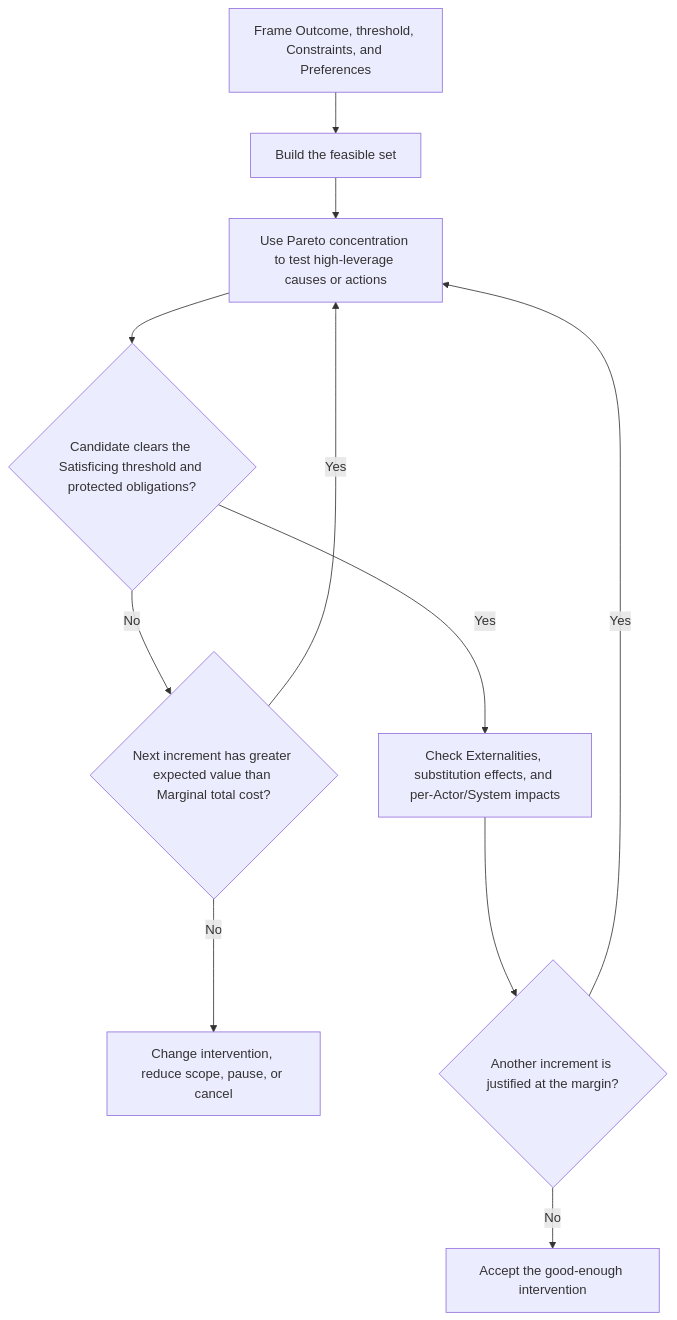
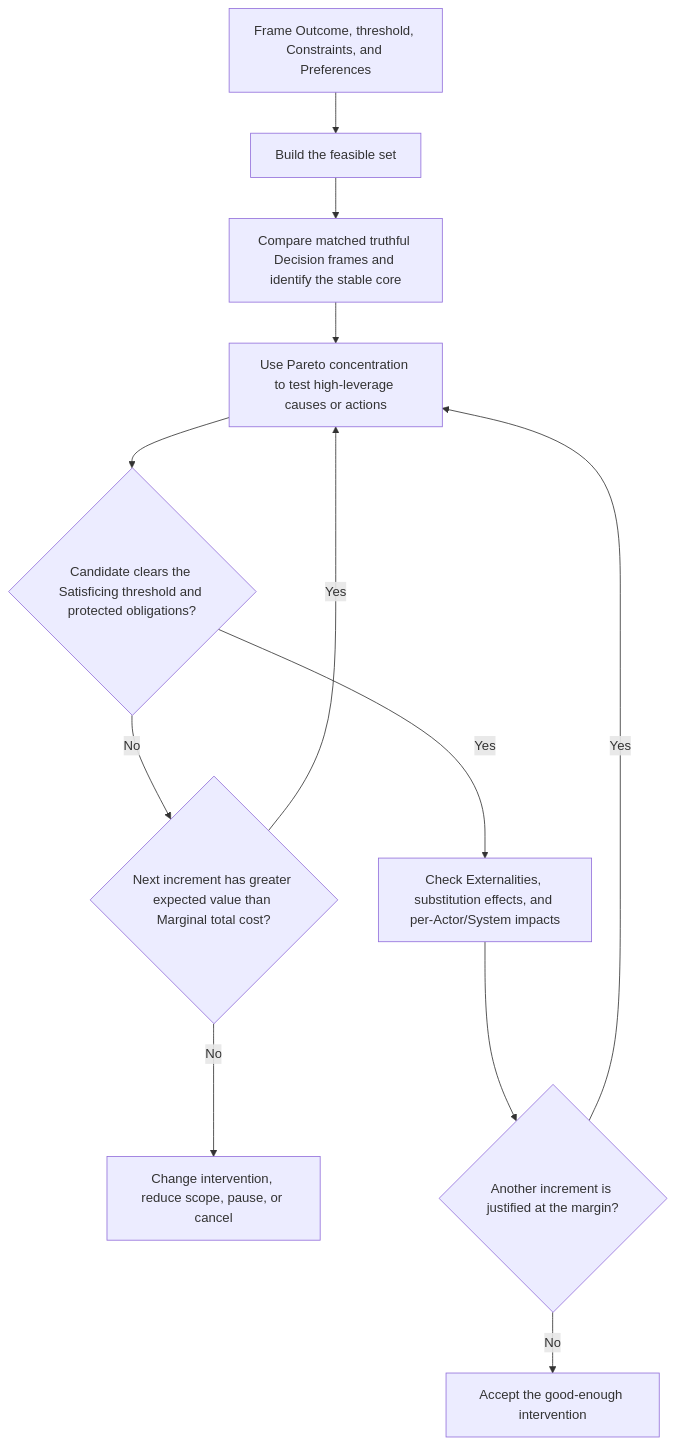
Before and after one commit to JustYannicc/skills: the second of 7 diagrams in skills/thinking-in-systems/references/standard.md, drawn with Mermaid. The commit also changed other lines of this file and 10 other files, not shown here.

Commit message:
feat: test decisions across matched frames

````diff
--- a/skills/thinking-in-systems/references/standard.md
+++ b/skills/thinking-in-systems/references/standard.md
@@ -180,13 +186,14 @@
 ```mermaid
 flowchart TD
   F["Frame Outcome, threshold, Constraints, and Preferences"] --> S["Build the feasible set"]
-  S --> P["Use Pareto concentration to test high-leverage causes or actions"]
+  S --> R["Compare matched truthful Decision frames and identify the stable core"]
+  R --> P["Use Pareto concentration to test high-leverage causes or actions"]
   P --> C{"Candidate clears the Satisficing threshold and protected obligations?"}
   C -->|"No"| M{"Next increment has greater expected value than Marginal total cost?"}
   M -->|"Yes"| P
   M -->|"No"| X["Change intervention, reduce scope, pause, or cancel"]
   C -->|"Yes"| E["Check Externalities, substitution effects, and per-Actor/System impacts"]
   E --> N{"Another increment is justified at the margin?"}
   N -->|"Yes"| P
   N -->|"No"| A["Accept the good-enough intervention"]
 ```
````
